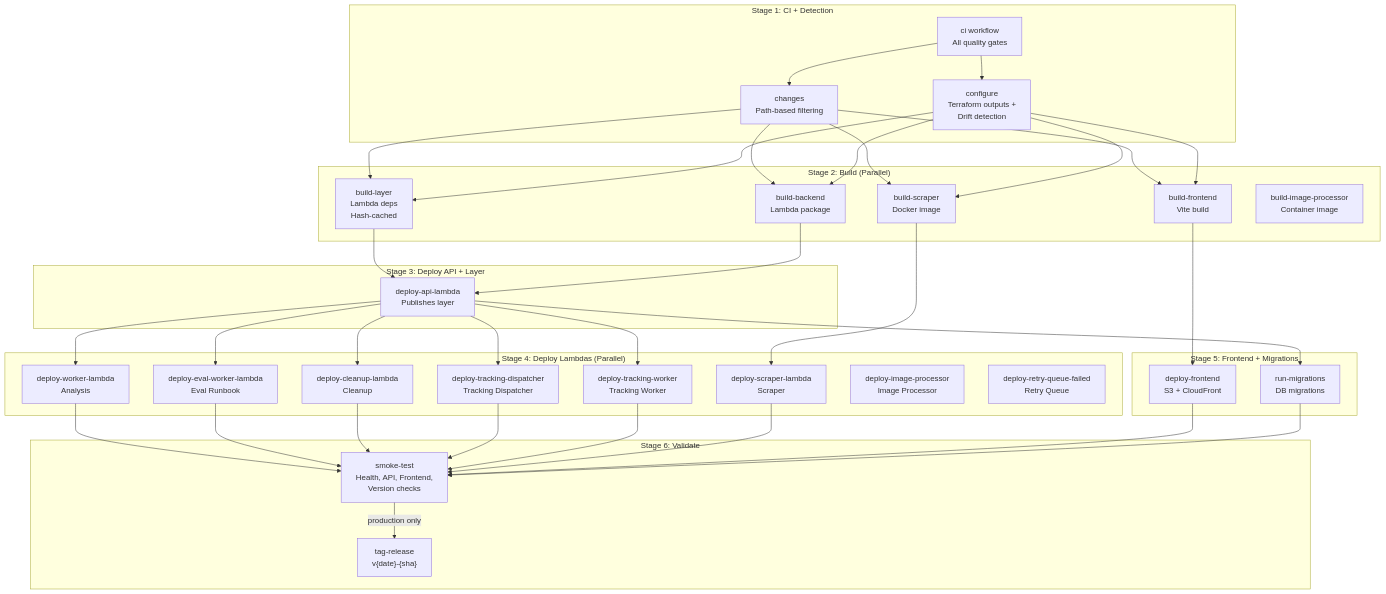
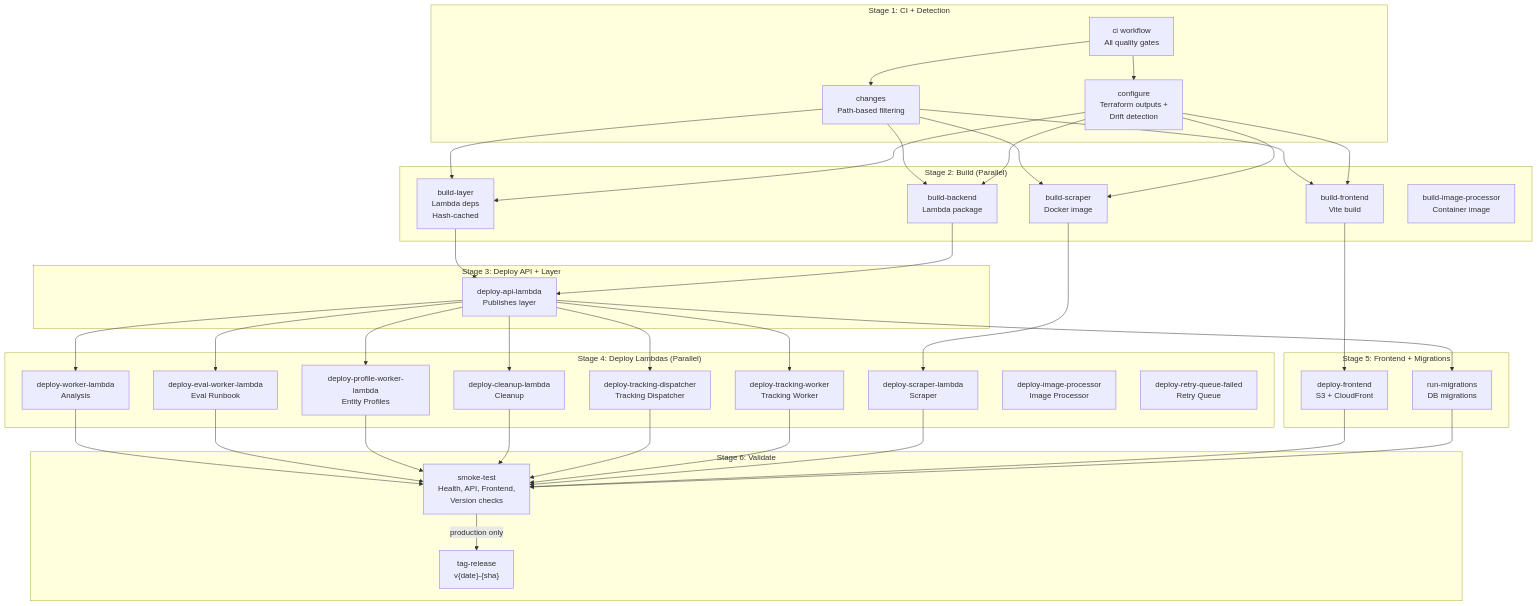
The fourth of 7 diagrams in docs/CI_CD.md (markthebest12/bluemoxon), drawn with Mermaid before and after one commit. The commit also changed other lines of this file and 10 other files, not shown here.

````diff
--- a/docs/CI_CD.md
+++ b/docs/CI_CD.md
@@ -141,53 +141,54 @@
 ```mermaid
 flowchart TB
     subgraph "Stage 1: CI + Detection"
         CI[ci workflow<br/>All quality gates]
         CHG[changes<br/>Path-based filtering]
         CFG[configure<br/>Terraform outputs +<br/>Drift detection]
     end
 
     subgraph "Stage 2: Build (Parallel)"
         BL[build-layer<br/>Lambda deps<br/>Hash-cached]
         BB[build-backend<br/>Lambda package]
         BF[build-frontend<br/>Vite build]
         BS[build-scraper<br/>Docker image]
         BIP[build-image-processor<br/>Container image]
     end
 
     subgraph "Stage 3: Deploy API + Layer"
         DA[deploy-api-lambda<br/>Publishes layer]
     end
 
     subgraph "Stage 4: Deploy Lambdas (Parallel)"
         DW[deploy-worker-lambda<br/>Analysis]
         DE[deploy-eval-worker-lambda<br/>Eval Runbook]
+        DPW[deploy-profile-worker-lambda<br/>Entity Profiles]
         DC[deploy-cleanup-lambda<br/>Cleanup]
         DTD[deploy-tracking-dispatcher<br/>Tracking Dispatcher]
         DTW[deploy-tracking-worker<br/>Tracking Worker]
         DSC[deploy-scraper-lambda<br/>Scraper]
         DIP[deploy-image-processor<br/>Image Processor]
         DRQ[deploy-retry-queue-failed<br/>Retry Queue]
     end
 
     subgraph "Stage 5: Frontend + Migrations"
         DF[deploy-frontend<br/>S3 + CloudFront]
         MIG[run-migrations<br/>DB migrations]
     end
 
     subgraph "Stage 6: Validate"
         SM[smoke-test<br/>Health, API, Frontend,<br/>Version checks]
         TAG[tag-release<br/>v#123;date#125;-#123;sha#125;]
     end
 
     CI --> CHG & CFG
     CHG --> BL & BB & BF & BS
     CFG --> BL & BB & BF & BS
     BL --> DA
     BB --> DA
-    DA --> DW & DE & DC & DTD & DTW
+    DA --> DW & DE & DPW & DC & DTD & DTW
     BS --> DSC
     BF --> DF
     DA --> MIG
-    DW & DE & DC & DTD & DTW & DSC & DF & MIG --> SM
+    DW & DE & DPW & DC & DTD & DTW & DSC & DF & MIG --> SM
     SM -->|production only| TAG
 ```
````
